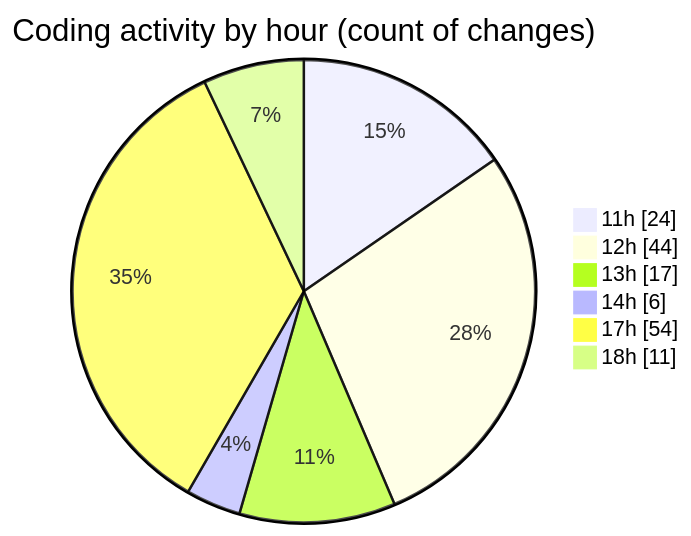
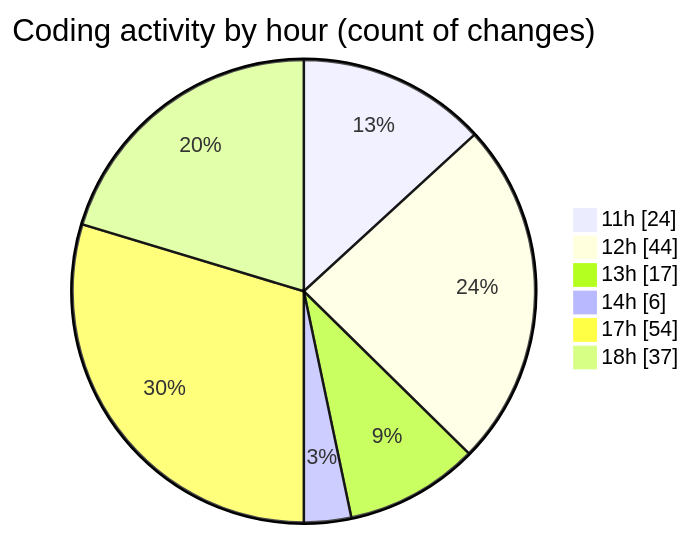
One commit to nxtqubesakshisongat/code-tracking changed the second of 2 diagrams in 2025-05-10/argos-dev/README.md. Above: the diagram before and after it, drawn with Mermaid. The commit also changed other lines of this file and 1 other file, not shown here.

````diff
--- a/2025-05-10/argos-dev/README.md
+++ b/2025-05-10/argos-dev/README.md
@@ -41,10 +41,10 @@
 ```mermaid
 pie showData
 title Coding activity by hour (count of changes)
 "11h" : 24
 "12h" : 44
 "13h" : 17
 "14h" : 6
 "17h" : 54
-"18h" : 11
+"18h" : 37
 ```
````
